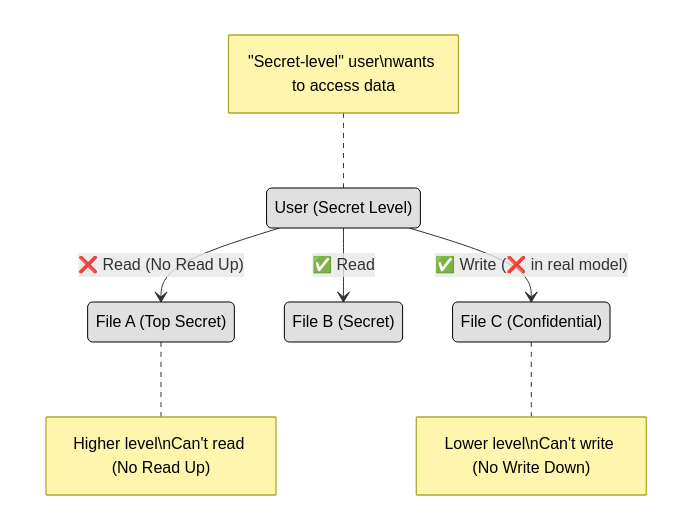
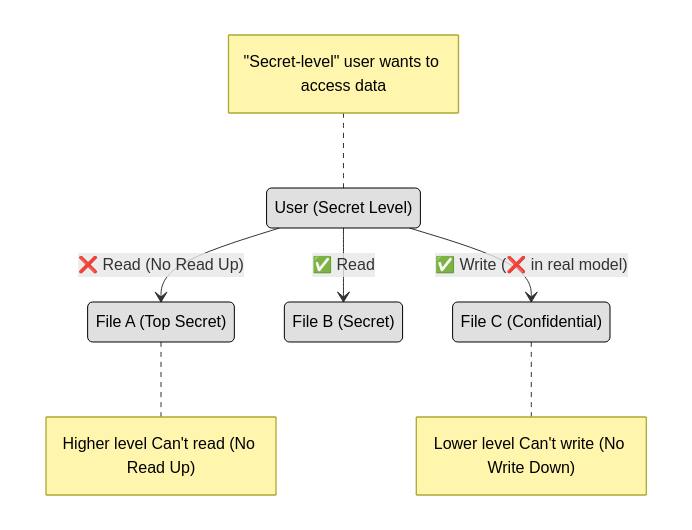
Before and after one commit to lorenzoleonelli/CISSP-Zero-to-Hero: the ninth of 9 diagrams in DOMAIN3: Security Architecture and Engineering/3.02 Understand the fundamental concepts of security models (e.g. Biba, STar Model, Bell Lapadula).md, drawn with Mermaid.

Commit message:
Update 3.02 Understand the fundamental concepts of security models (e.g. Biba, STar Model, Bell Lapadula).md

````diff
--- a/DOMAIN3: Security Architecture and Engineering/3.02 Understand the fundamental concepts of security models (e.g. Biba, STar Model, Bell Lapadula).md
+++ b/DOMAIN3: Security Architecture and Engineering/3.02 Understand the fundamental concepts of security models (e.g. Biba, STar Model, Bell Lapadula).md
@@ -250,30 +250,30 @@
 ```mermaid
 
 stateDiagram-v2
     direction TB
 
     state "User (Secret Level)" as User
     state "File A (Top Secret)" as FileTS
     state "File B (Secret)" as FileS
     state "File C (Confidential)" as FileC
 
     User --> FileTS : ❌ Read (No Read Up)
     User --> FileS : ✅ Read
     User --> FileC : ✅ Write (❌ in real model)
 
     note right of FileTS
-      Higher level\nCan't read (No Read Up)
+      Higher level Can't read (No Read Up)
     end note
 
     note right of FileC
-      Lower level\nCan't write (No Write Down)
+      Lower level Can't write (No Write Down)
     end note
 
     note left of User
-      "Secret-level" user\nwants to access data
+      "Secret-level" user wants to access data
     end note
 
 
     classDef center fill:#ffffff,color:#000000,stroke:#000000,stroke-width:1px,font-weight:bold
     classDef node fill:#e0e0e0,color:#000000,stroke:#000000,stroke-width:1px
 ```
````
